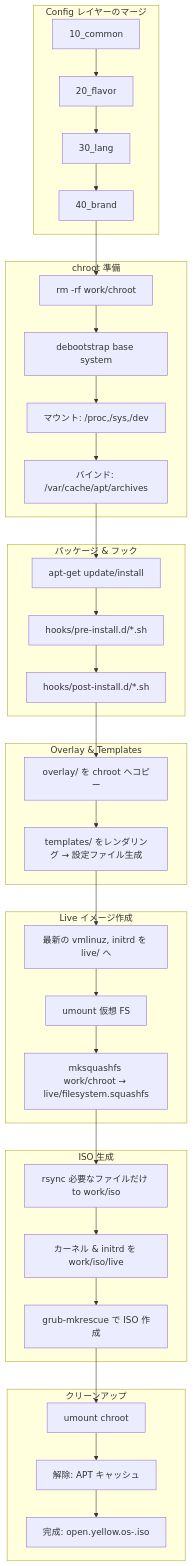
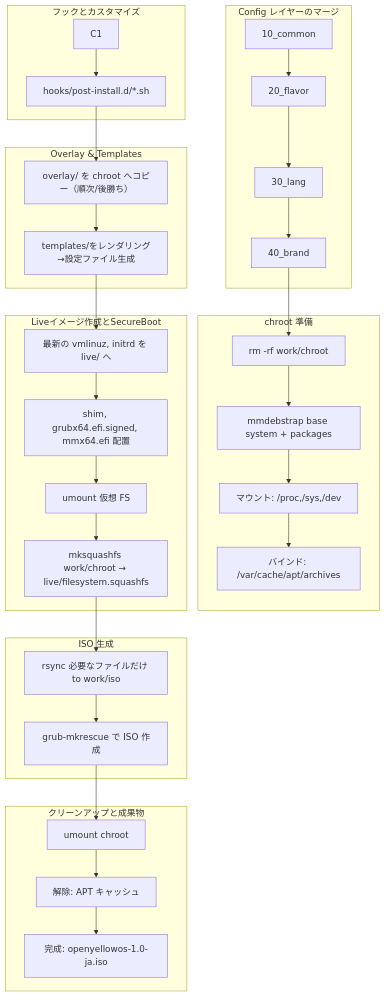
Before and after one commit to sotokisehiro/oYo-Linux-Builder: the diagram in doc/10_ARCHITECTURE.md, drawn with Mermaid. The commit also changed other lines of this file and 102 other files, not shown here.

````diff
--- a/doc/10_ARCHITECTURE.md
+++ b/doc/10_ARCHITECTURE.md
@@ -40,44 +37,42 @@
 ```mermaid
 flowchart TB
   subgraph Config レイヤーのマージ
     A1[10_common] --> A2[20_flavor]
     A2 --> A3[30_lang]
     A3 --> A4[40_brand]
   end
 
   subgraph chroot 準備
     A4 --> B1[rm -rf work/chroot]
-    B1 --> B2[debootstrap base system]
+    B1 --> B2[mmdebstrap base system + packages]
     B2 --> B3[マウント: /proc,/sys,/dev]
     B3 --> B4[バインド: /var/cache/apt/archives]
   end
 
-  subgraph パッケージ & フック
-    B4 --> C1[apt-get update/install]
-    C1 --> C2[hooks/pre-install.d/*.sh]
-    C2 --> C3[hooks/post-install.d/*.sh]
+  subgraph フックとカスタマイズ
+    C1 --> C2[hooks/post-install.d/*.sh]
   end
 
   subgraph Overlay & Templates
-    C3 --> D1[overlay/ を chroot へコピー]
-    D1 --> D2[templates/ をレンダリング → 設定ファイル生成]
+    C2 --> D1[overlay/ を chroot へコピー（順次/後勝ち）]
+    D1 --> D2[templates/をレンダリング→設定ファイル生成]
   end
 
-  subgraph Live イメージ作成
+  subgraph Liveイメージ作成とSecureBoot
     D2 --> E1[最新の vmlinuz, initrd を live/ へ]
-    E1 --> E2[umount 仮想 FS]
-    E2 --> E3[mksquashfs work/chroot → live/filesystem.squashfs]
+    E1 --> E2[shim, grubx64.efi.signed, mmx64.efi 配置]
+    E2 --> E3[umount 仮想 FS]
+    E3 --> E4[mksquashfs work/chroot → live/filesystem.squashfs]
   end
 
   subgraph ISO 生成
-    E3 --> F1[rsync 必要なファイルだけ to work/iso]
-    F1 --> F2[カーネル & initrd を work/iso/live]
-    F2 --> F3[grub-mkrescue で ISO 作成]
+    E4 --> F1[rsync 必要なファイルだけ to work/iso]
+    F1 --> F2[grub-mkrescue で ISO 作成]
   end
 
-  subgraph クリーンアップ
-    F3 --> G1[umount chroot]
+  subgraph クリーンアップと成果物
+    F2 --> G1[umount chroot]
     G1 --> G2[解除: APT キャッシュ]
-    G2 --> H[完成: open.yellow.os-<VERSION>.iso]
+    G2 --> H[完成: openyellowos-1.0-ja.iso]
   end
 ```
````
